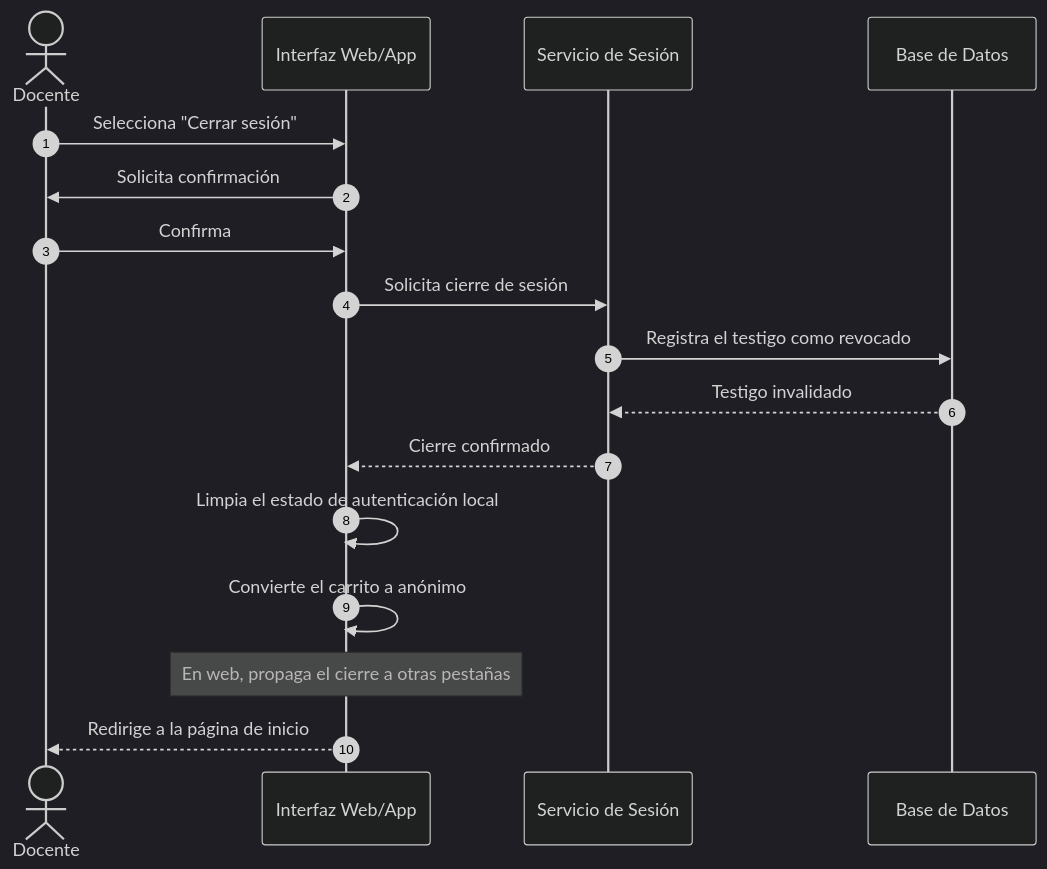
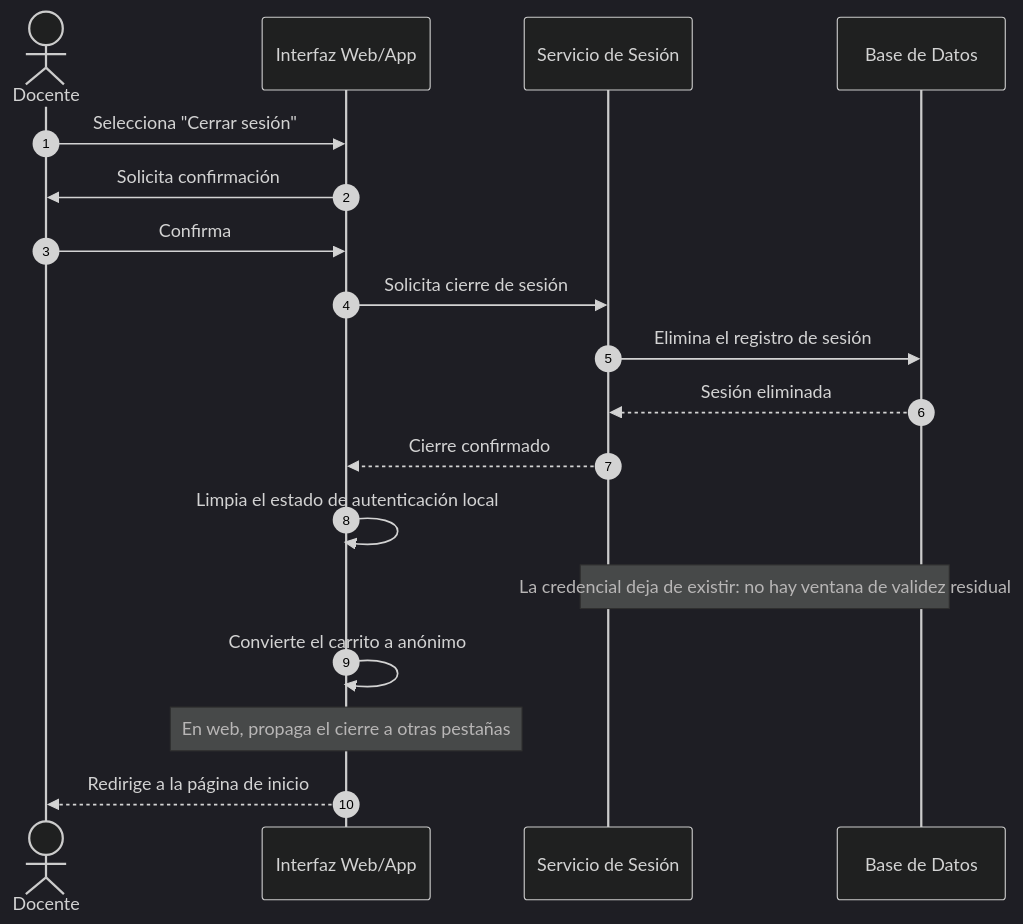
Before and after one commit to EXCOFFee/acalud: the diagram in docs/04-diagramas-uml/identidad/cu03_seq.mmd, drawn with Mermaid (dark theme). The commit also changed 79 other files, not shown here.

```diff
--- a/docs/04-diagramas-uml/identidad/cu03_seq.mmd
+++ b/docs/04-diagramas-uml/identidad/cu03_seq.mmd
@@ -1,18 +1,19 @@
 sequenceDiagram
     autonumber
     actor D as Docente
     participant W as Interfaz Web/App
     participant API as Servicio de Sesión
     participant DB as Base de Datos
 
     D->>W: Selecciona "Cerrar sesión"
     W->>D: Solicita confirmación
     D->>W: Confirma
     W->>API: Solicita cierre de sesión
-    API->>DB: Registra el testigo como revocado
-    DB-->>API: Testigo invalidado
+    API->>DB: Elimina el registro de sesión
+    DB-->>API: Sesión eliminada
     API-->>W: Cierre confirmado
     W->>W: Limpia el estado de autenticación local
+    Note over API,DB: La credencial deja de existir: no hay ventana de validez residual
     W->>W: Convierte el carrito a anónimo
     Note over W: En web, propaga el cierre a otras pestañas
     W-->>D: Redirige a la página de inicio
```
